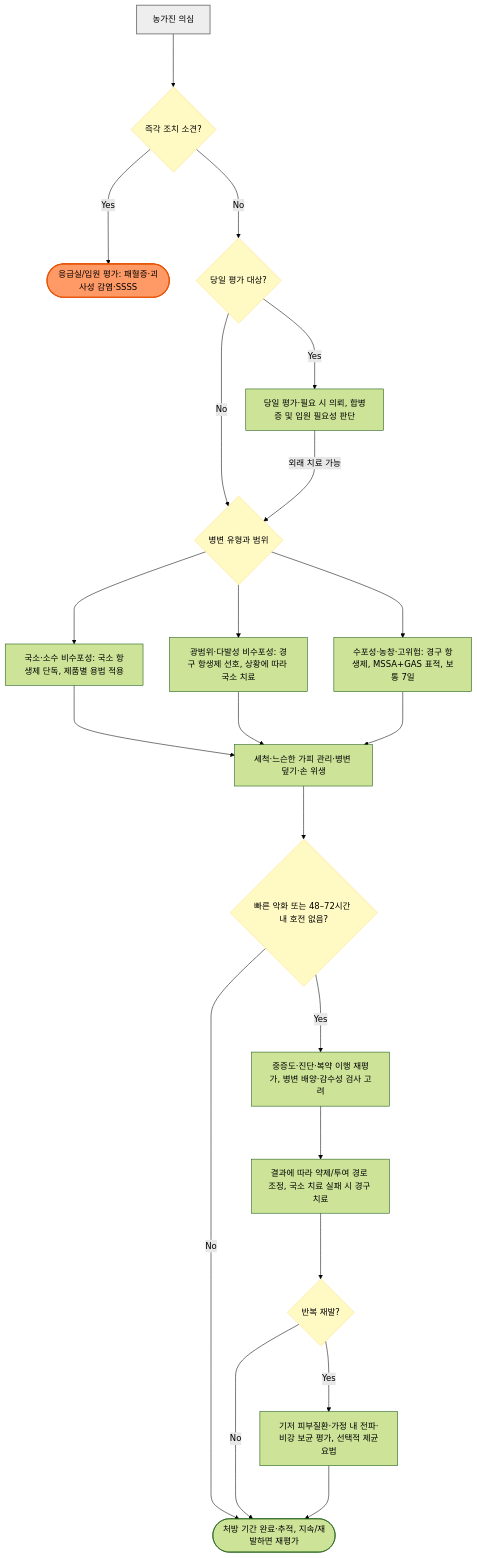
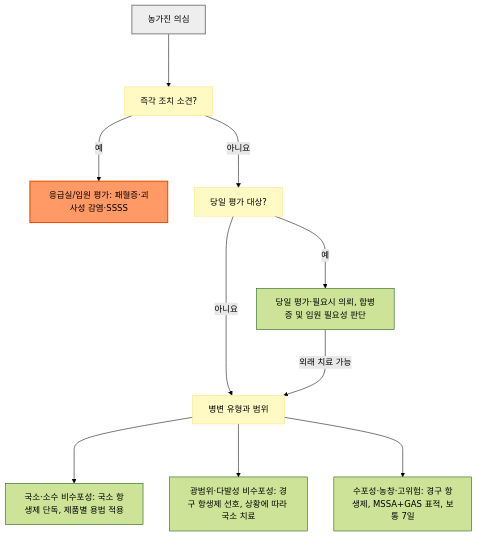
Before and after one commit to familyoh77/familyoh77: the diagram in 229_/166_-impetigo.md, drawn with Mermaid (forest theme). The commit also changed other lines of this file and 16 other files, not shown here.

````diff
--- a/229_/166_-impetigo.md
+++ b/229_/166_-impetigo.md
@@ -124,31 +124,17 @@
 ```mermaid
 flowchart TD
-    A["농가진 의심"] ---> B{"즉각 조치 소견?"}
-    B --->|Yes| C(["응급실/입원 평가: 패혈증·괴사성 감염·SSSS"])
-    B --->|No| D{"당일 평가 대상?"}
-    D --->|Yes| E["당일 평가·필요 시 의뢰, 합병증 및 입원 필요성 판단"]
-    D --->|No| F{"병변 유형과 범위"}
-    E --->|외래 치료 가능| F
+    A["농가진 의심"] ---> B["즉각 조치 소견?"]
+    B --->|"예"| C["응급실/입원 평가: 패혈증·괴사성 감염·SSSS"]
+    B --->|"아니요"| D["당일 평가 대상?"]
+    D --->|"예"| E["당일 평가·필요시 의뢰, 합병증 및 입원 필요성 판단"]
+    D --->|"아니요"| F["병변 유형과 범위"]
+    E --->|"외래 치료 가능"| F
     F ---> G["국소·소수 비수포성: 국소 항생제 단독, 제품별 용법 적용"]
     F ---> H["광범위·다발성 비수포성: 경구 항생제 선호, 상황에 따라 국소 치료"]
     F ---> I["수포성·농창·고위험: 경구 항생제, MSSA+GAS 표적, 보통 7일"]
-    G ---> J["세척·느슨한 가피 관리·병변 덮기·손 위생"]
-    H ---> J
-    I ---> J
-    J ---> K{"빠른 악화 또는 48–72시간 내 호전 없음?"}
-    K --->|No| L(["처방 기간 완료·추적, 지속/재발하면 재평가"])
-    K --->|Yes| M["중증도·진단·복약 이행 재평가, 병변 배양·감수성 검사 고려"]
-    M ---> N["결과에 따라 약제/투여 경로 조정, 국소 치료 실패 시 경구 치료"]
-    N ---> O{"반복 재발?"}
-    O --->|Yes| P["기저 피부질환·가정 내 전파·비강 보균 평가, 선택적 제균요법"]
-    O --->|No| L
-    P ---> L
 
+    classDef question fill:#fff9c4,stroke:#ffe082
+    class B,D,F question
     style A fill:#eeeeee,stroke:#888888,stroke-width:2px
-    style B fill:#fff9c4,stroke:#ffe082
-    style D fill:#fff9c4,stroke:#ffe082
-    style F fill:#fff9c4,stroke:#ffe082
-    style K fill:#fff9c4,stroke:#ffe082
-    style O fill:#fff9c4,stroke:#ffe082
     style C fill:#f96,stroke:#e65100,stroke-width:2px
 ```
````
